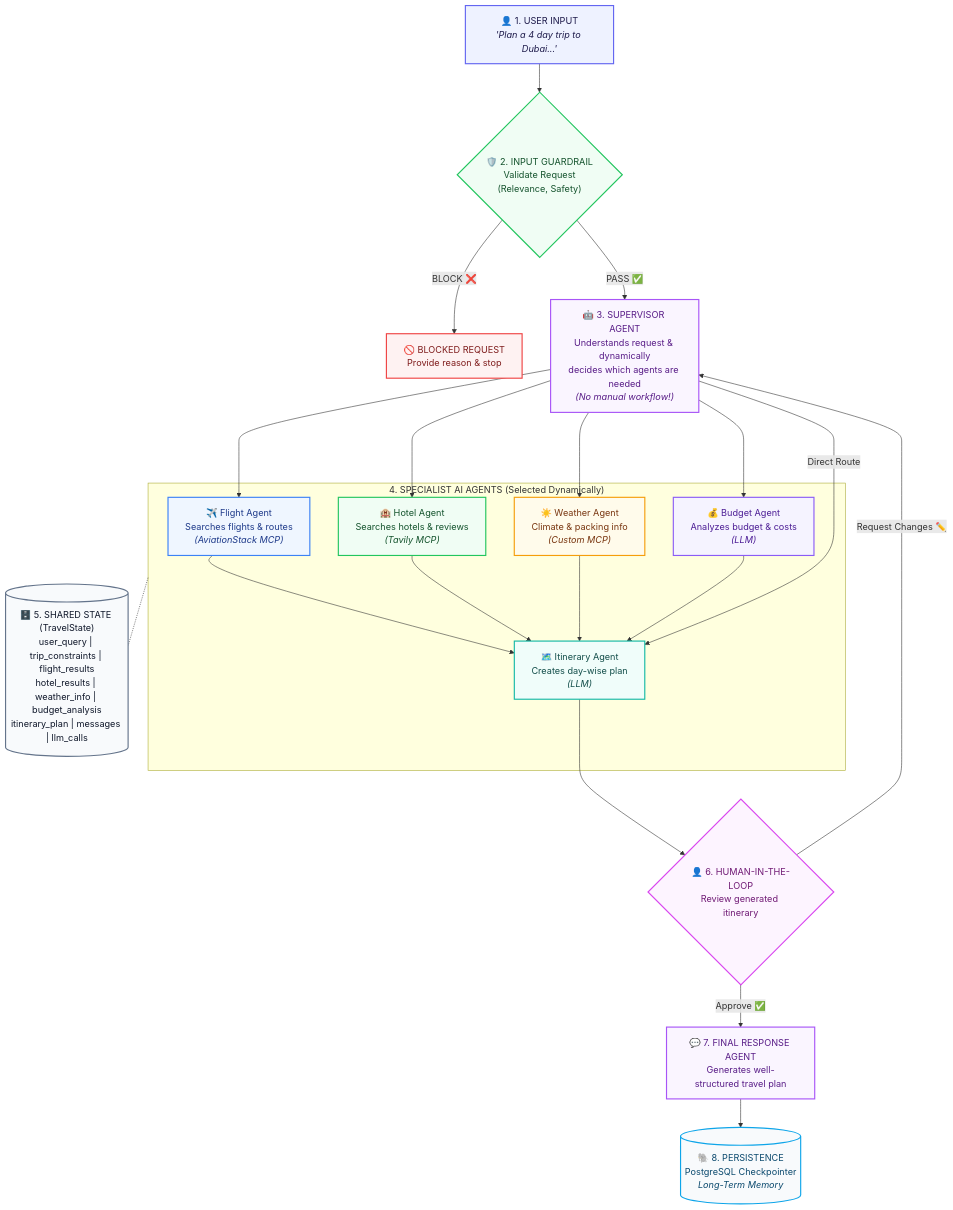
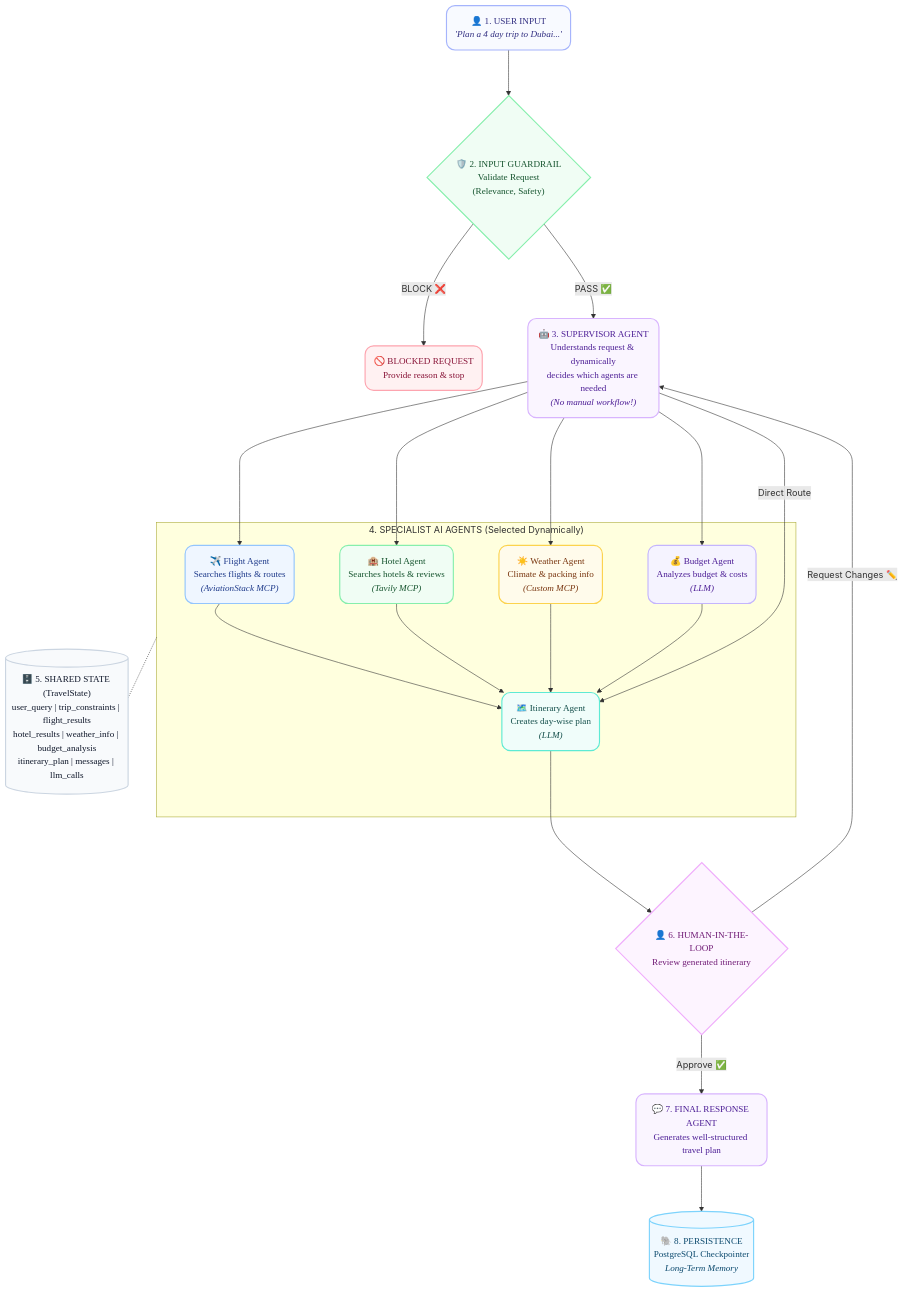
The diagram in README.md (PiyushAgarwalcs/TravelNexus-AI), drawn with Mermaid before and after one commit. The commit also changed 1 other file, not shown here.

Commit message:
docs: Polish Mermaid diagram with round boxes, lighter colors, and Architects Daughter font

````diff
--- a/README.md
+++ b/README.md
@@ -30,62 +30,63 @@
 ```mermaid
+%%{init: {'flowchart': {'nodeSpacing': 80, 'rankSpacing': 80}}}%%
 flowchart TD
-    %% Define Styles
-    classDef user fill:#eef2ff,stroke:#6366f1,stroke-width:2px,color:#1e1b4b
-    classDef guardrail fill:#f0fdf4,stroke:#22c55e,stroke-width:2px,color:#14532d
-    classDef blocked fill:#fef2f2,stroke:#ef4444,stroke-width:2px,color:#7f1d1d
-    classDef supervisor fill:#faf5ff,stroke:#a855f7,stroke-width:2px,color:#581c87
-    classDef agent_flight fill:#eff6ff,stroke:#3b82f6,stroke-width:2px,color:#1e3a8a
-    classDef agent_hotel fill:#f0fdf4,stroke:#22c55e,stroke-width:2px,color:#14532d
-    classDef agent_weather fill:#fffbeb,stroke:#f59e0b,stroke-width:2px,color:#78350f
-    classDef agent_budget fill:#f5f3ff,stroke:#8b5cf6,stroke-width:2px,color:#4c1d95
-    classDef agent_itinerary fill:#f0fdfa,stroke:#14b8a6,stroke-width:2px,color:#134e4a
-    classDef state fill:#f8fafc,stroke:#64748b,stroke-width:2px,color:#0f172a
-    classDef hitl fill:#fdf4ff,stroke:#d946ef,stroke-width:2px,color:#701a75
-    classDef final fill:#faf5ff,stroke:#a855f7,stroke-width:2px,color:#581c87
-    classDef db fill:#f8fafc,stroke:#0ea5e9,stroke-width:2px,color:#0c4a6e
+    %% Define Styles (Round boxes, Lighter colors, Architects Daughter font)
+    classDef user fill:#f8faff,stroke:#a5b4fc,stroke-width:2px,color:#312e81,rx:15,ry:15,font-family:Architects Daughter,cursive
+    classDef guardrail fill:#f0fdf4,stroke:#86efac,stroke-width:2px,color:#14532d,rx:15,ry:15,font-family:Architects Daughter,cursive
+    classDef blocked fill:#fff1f2,stroke:#fda4af,stroke-width:2px,color:#881337,rx:15,ry:15,font-family:Architects Daughter,cursive
+    classDef supervisor fill:#faf5ff,stroke:#d8b4fe,stroke-width:2px,color:#4c1d95,rx:15,ry:15,font-family:Architects Daughter,cursive
+    classDef agent_flight fill:#eff6ff,stroke:#93c5fd,stroke-width:2px,color:#1e3a8a,rx:15,ry:15,font-family:Architects Daughter,cursive
+    classDef agent_hotel fill:#f0fdf4,stroke:#86efac,stroke-width:2px,color:#14532d,rx:15,ry:15,font-family:Architects Daughter,cursive
+    classDef agent_weather fill:#fffbeb,stroke:#fcd34d,stroke-width:2px,color:#78350f,rx:15,ry:15,font-family:Architects Daughter,cursive
+    classDef agent_budget fill:#f5f3ff,stroke:#c4b5fd,stroke-width:2px,color:#4c1d95,rx:15,ry:15,font-family:Architects Daughter,cursive
+    classDef agent_itinerary fill:#f0fdfa,stroke:#5eead4,stroke-width:2px,color:#134e4a,rx:15,ry:15,font-family:Architects Daughter,cursive
+    classDef state fill:#f8fafc,stroke:#cbd5e1,stroke-width:2px,color:#0f172a,rx:15,ry:15,font-family:Architects Daughter,cursive
+    classDef hitl fill:#fdf4ff,stroke:#f0abfc,stroke-width:2px,color:#701a75,rx:15,ry:15,font-family:Architects Daughter,cursive
+    classDef final fill:#faf5ff,stroke:#d8b4fe,stroke-width:2px,color:#4c1d95,rx:15,ry:15,font-family:Architects Daughter,cursive
+    classDef db fill:#f0f9ff,stroke:#7dd3fc,stroke-width:2px,color:#0c4a6e,rx:15,ry:15,font-family:Architects Daughter,cursive
 
     %% 1. User Input
-    User["👤 1. USER INPUT<br/><i>'Plan a 4 day trip to Dubai...'</i>"]:::user
+    User("👤 1. USER INPUT<br/><i>'Plan a 4 day trip to Dubai...'</i>"):::user
 
     %% 2. Guardrail
     Guardrail{"🛡️ 2. INPUT GUARDRAIL<br/>Validate Request<br/>(Relevance, Safety)"}:::guardrail
     User --> Guardrail
 
-    Blocked["🚫 BLOCKED REQUEST<br/>Provide reason & stop"]:::blocked
+    Blocked("🚫 BLOCKED REQUEST<br/>Provide reason & stop"):::blocked
     Guardrail -- "BLOCK ❌" --> Blocked
 
     %% 3. Supervisor
-    Supervisor["🤖 3. SUPERVISOR AGENT<br/>Understands request & dynamically<br/>decides which agents are needed<br/><i>(No manual workflow!)</i>"]:::supervisor
+    Supervisor("🤖 3. SUPERVISOR AGENT<br/>Understands request & dynamically<br/>decides which agents are needed<br/><i>(No manual workflow!)</i>"):::supervisor
     Guardrail -- "PASS ✅" --> Supervisor
 
     %% 4. Specialists
     subgraph Specialists ["4. SPECIALIST AI AGENTS (Selected Dynamically)"]
-        Flight["✈️ Flight Agent<br/>Searches flights & routes<br/><i>(AviationStack MCP)</i>"]:::agent_flight
-        Hotel["🏨 Hotel Agent<br/>Searches hotels & reviews<br/><i>(Tavily MCP)</i>"]:::agent_hotel
-        Weather["☀️ Weather Agent<br/>Climate & packing info<br/><i>(Custom MCP)</i>"]:::agent_weather
-        Budget["💰 Budget Agent<br/>Analyzes budget & costs<br/><i>(LLM)</i>"]:::agent_budget
-        Itinerary["🗺️ Itinerary Agent<br/>Creates day-wise plan<br/><i>(LLM)</i>"]:::agent_itinerary
+        Flight("✈️ Flight Agent<br/>Searches flights & routes<br/><i>(AviationStack MCP)</i>"):::agent_flight
+        Hotel("🏨 Hotel Agent<br/>Searches hotels & reviews<br/><i>(Tavily MCP)</i>"):::agent_hotel
+        Weather("☀️ Weather Agent<br/>Climate & packing info<br/><i>(Custom MCP)</i>"):::agent_weather
+        Budget("💰 Budget Agent<br/>Analyzes budget & costs<br/><i>(LLM)</i>"):::agent_budget
+        Itinerary("🗺️ Itinerary Agent<br/>Creates day-wise plan<br/><i>(LLM)</i>"):::agent_itinerary
     end
 
     Supervisor --> Flight & Hotel & Weather & Budget
     Flight & Hotel & Weather & Budget --> Itinerary
     Supervisor -- "Direct Route" ----> Itinerary
 
     %% 5. State
     State[("🗄️ 5. SHARED STATE (TravelState)<br/>user_query | trip_constraints | flight_results<br/>hotel_results | weather_info | budget_analysis<br/>itinerary_plan | messages | llm_calls")]:::state
     Specialists -.- State
 
     %% 6. HITL
     HITL{"👤 6. HUMAN-IN-THE-LOOP<br/>Review generated itinerary"}:::hitl
     Itinerary --> HITL
 
     HITL -- "Request Changes ✏️" --> Supervisor
 
     %% 7. Final Response
-    Final["💬 7. FINAL RESPONSE AGENT<br/>Generates well-structured travel plan"]:::final
+    Final("💬 7. FINAL RESPONSE AGENT<br/>Generates well-structured travel plan"):::final
     HITL -- "Approve ✅" --> Final
 
     %% 8. Persistence
     DB[("🐘 8. PERSISTENCE<br/>PostgreSQL Checkpointer<br/><i>Long-Term Memory</i>")]:::db
     Final --> DB
 ```
````
